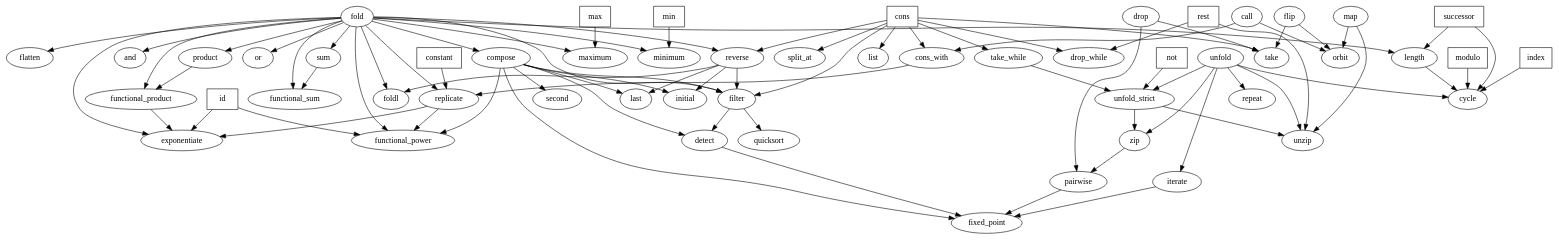
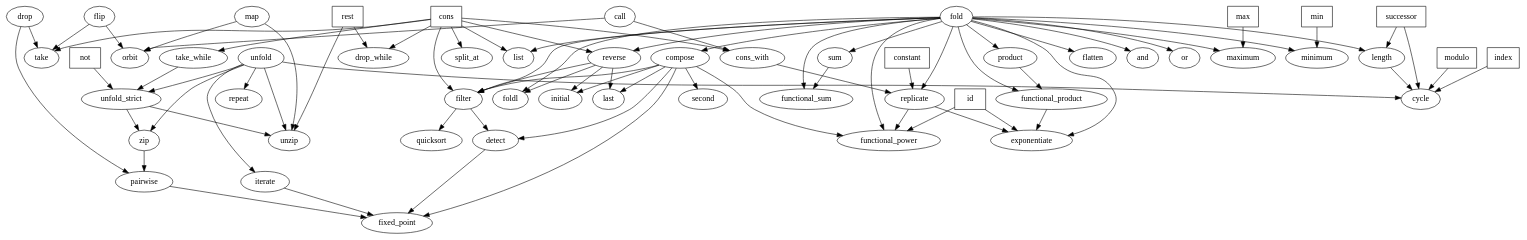
The diagram in schema.dot (jweissman/functionalism), drawn with Graphviz before and after one commit. The commit also changed 3 other files, not shown here.

```diff
--- a/schema.dot
+++ b/schema.dot
@@ -1,121 +1,122 @@
 digraph Schema {
   id [shape=box];
   rest [shape=box];
   successor [shape=box];
   cons [shape=box];
   max [shape=box];
   min [shape=box];
   modulo [shape=box];
   index [shape=box];
   not [shape=box];
   constant [shape=box];
 
   reverse -> foldl;
   fold -> foldl;
 
   unfold -> iterate;
   take_while -> unfold_strict;
   not -> unfold_strict;
   unfold -> unfold_strict;
 
   fold -> flatten;
 
   cons -> filter;
   reverse -> filter;
   fold -> filter;
   compose -> filter;
 
   fold -> compose;
 
   fold -> length;
   successor -> length;
 
   compose -> second;
 
   cons -> cons_with;
   call -> cons_with;
 
   fold -> reverse;
   cons -> reverse;
 
   compose -> initial;
   reverse -> initial;
 
   reverse -> last;
   compose -> last;
 
+  fold -> list;
   cons -> list;
 
   unfold -> zip;
   unfold_strict -> zip;
 
   map -> unzip;
   rest -> unzip;
   unfold -> unzip;
   unfold_strict -> unzip;
 
   fold -> maximum;
   max -> maximum;
 
   fold -> minimum;
   min -> minimum;
 
   fold -> replicate;
   cons_with -> replicate;
   constant -> replicate;
 
   flip -> take;
   cons -> take;
   drop -> take;
 
   cons -> take_while;
   rest -> drop_while;
   cons -> drop_while;
 
   modulo -> cycle;
   successor -> cycle;
   index -> cycle;
   length -> cycle;
   unfold -> cycle;
 
   unfold -> repeat;
   fold -> and;
   fold -> or;
   fold -> sum;
   fold -> product;
 
   sum -> functional_sum;
   fold -> functional_sum;
 
   product -> functional_product;
   fold -> functional_product;
 
   functional_product -> exponentiate;
   fold -> exponentiate;
   replicate -> exponentiate;
   id -> exponentiate;
 
   id -> functional_power;
   fold -> functional_power;
   compose -> functional_power;
   replicate -> functional_power;
 
   filter -> quicksort;
 
   cons -> split_at;
 
   zip -> pairwise;
   drop -> pairwise;
 
   map -> orbit;
   flip -> orbit;
   call -> orbit;
 
   compose -> detect;
   filter -> detect;
 
   compose -> fixed_point;
   iterate -> fixed_point;
   pairwise -> fixed_point;
   detect -> fixed_point;
 }
```
